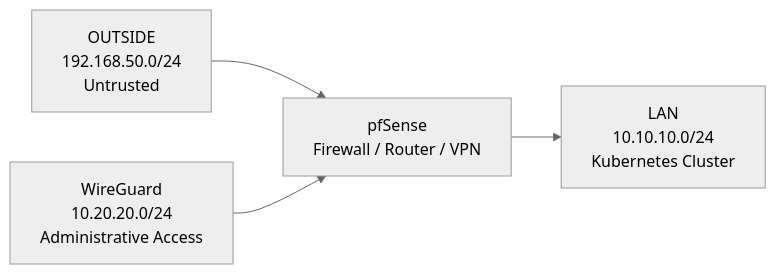
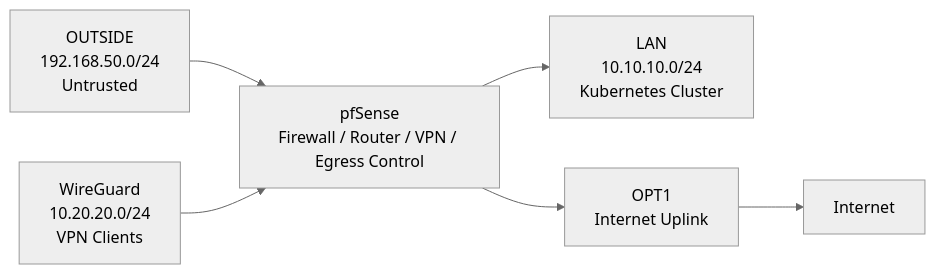
Before and after one commit to paknaoo/kubernetes-pfsense-wireguard-homelab: the diagram in docs/access-control.md, drawn with Mermaid (neutral theme). The commit also changed other lines of this file, not shown here.

First line of the commit message:
Update access-control.md

````diff
--- a/docs/access-control.md
+++ b/docs/access-control.md
@@ -37,22 +38,21 @@
 ```mermaid
 flowchart LR
 
-    OUTSIDE["OUTSIDE
-    192.168.50.0/24
-    Untrusted"]
+    OUTSIDE["OUTSIDE<br>192.168.50.0/24<br>Untrusted"]
 
-    PFSENSE["pfSense
-    Firewall / Router / VPN"]
+    PFSENSE["pfSense<br>Firewall / Router / VPN / Egress Control"]
 
-    LAN["LAN
-    10.10.10.0/24
-    Kubernetes Cluster"]
+    LAN["LAN<br>10.10.10.0/24<br>Kubernetes Cluster"]
 
-    WG["WireGuard
-    10.20.20.0/24
-    Administrative Access"]
+    WG["WireGuard<br>10.20.20.0/24<br>VPN Clients"]
+
+    OPT1["OPT1<br>Internet Uplink"]
+
+    INTERNET["Internet"]
 
     OUTSIDE --> PFSENSE
     WG --> PFSENSE
     PFSENSE --> LAN
+    PFSENSE --> OPT1
+    OPT1 --> INTERNET
 ```
````
